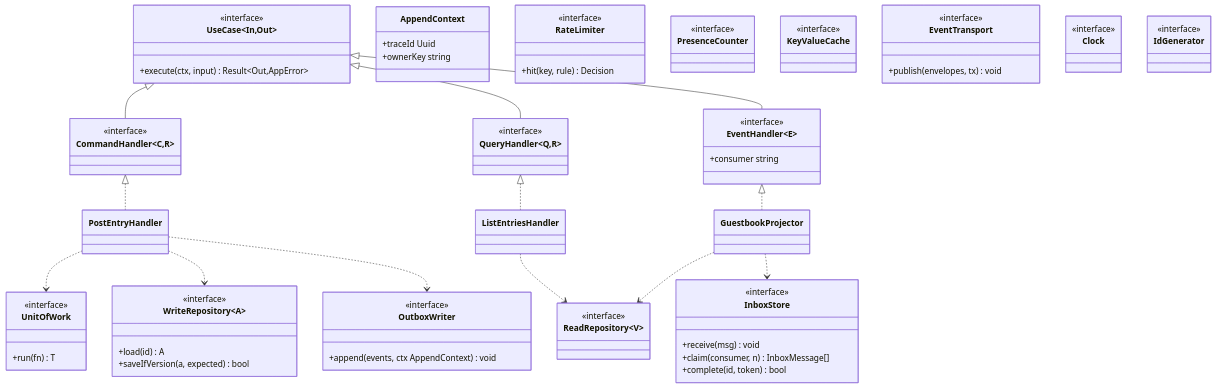
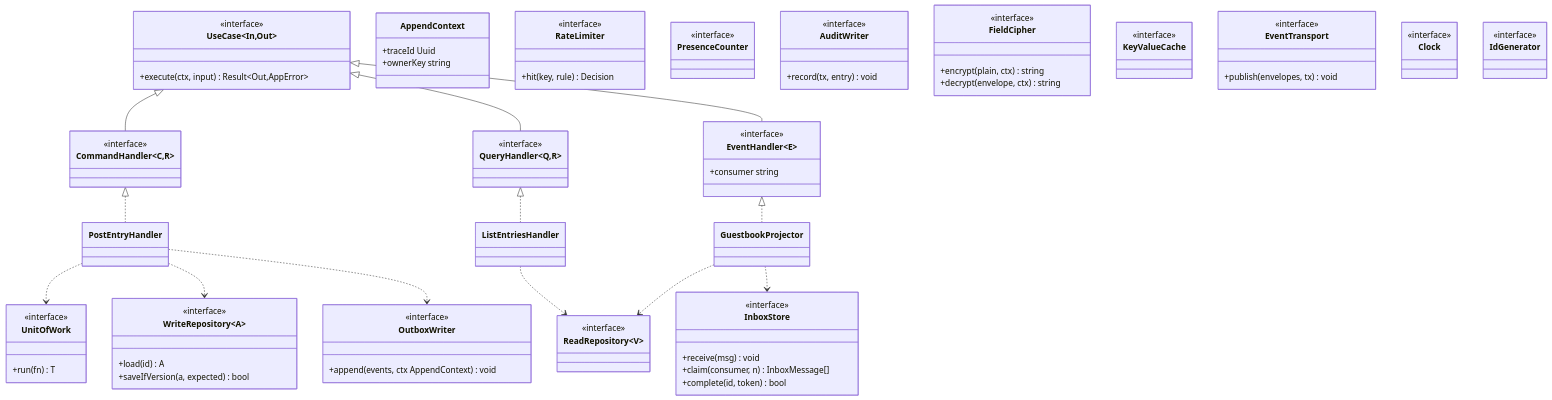
Before and after one commit to 1985jwlee/portpolio_backend: the fifth of 9 diagrams in docs/design/00-system-overview.md, drawn with Mermaid. The commit also changed other lines of this file and 18 other files, not shown here.

```diff
--- a/docs/design/00-system-overview.md
+++ b/docs/design/00-system-overview.md
@@ -244,6 +244,15 @@
     class PresenceCounter {
         <<interface>>
     }
+    class AuditWriter {
+        <<interface>>
+        +record(tx, entry) void
+    }
+    class FieldCipher {
+        <<interface>>
+        +encrypt(plain, ctx) string
+        +decrypt(envelope, ctx) string
+    }
     class KeyValueCache {
         <<interface>>
     }
```
